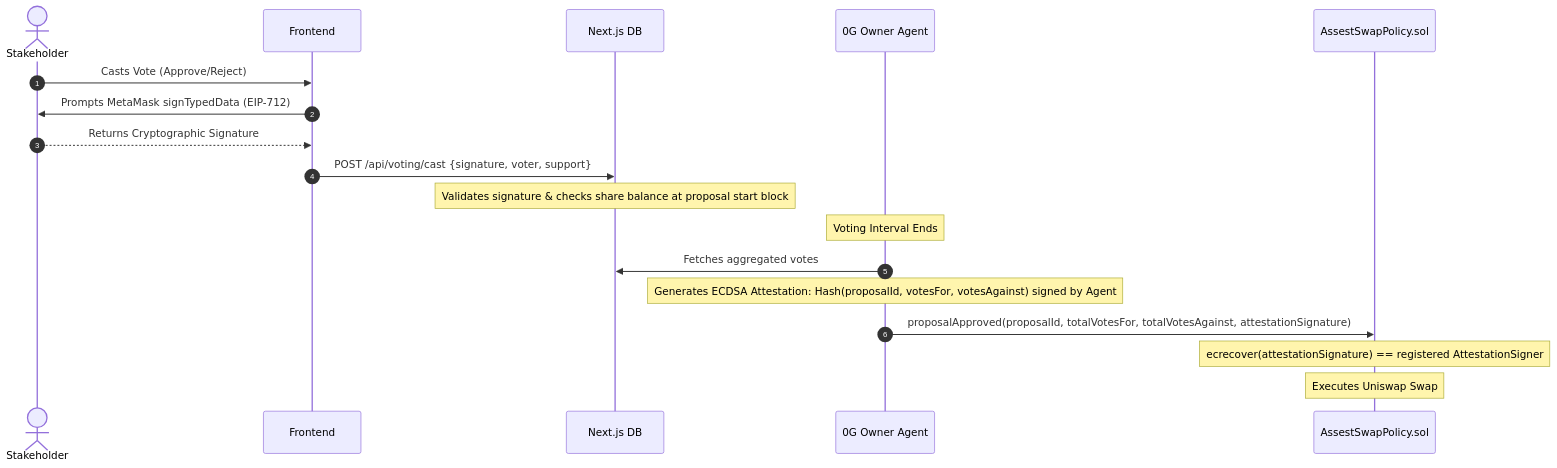
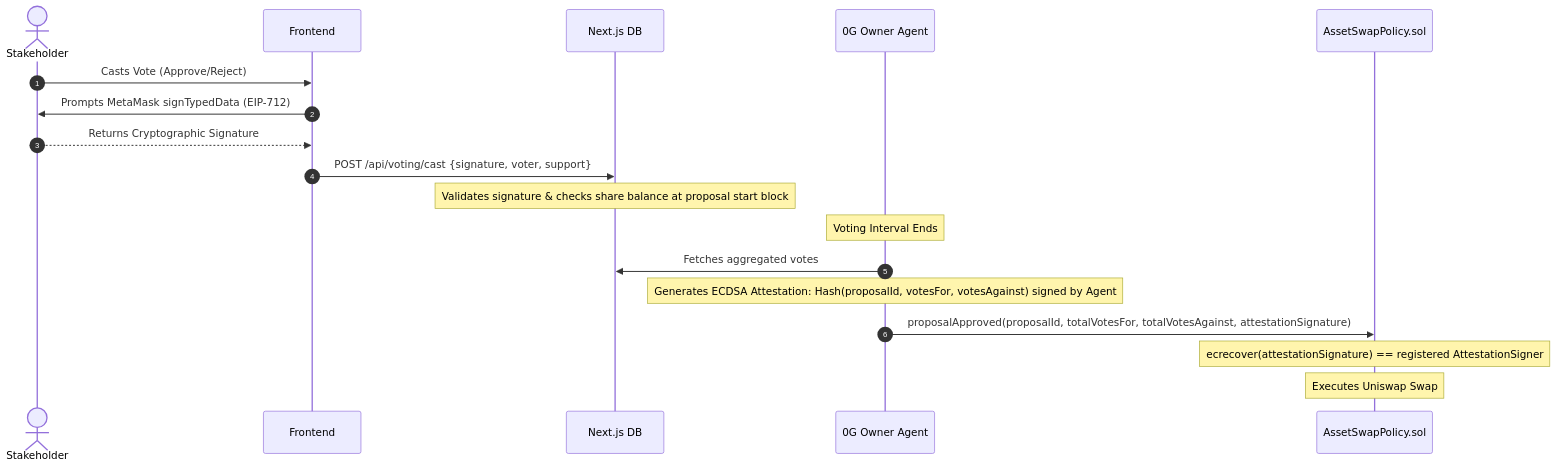
The diagram in docs/technical-design.md (jimstir/moreLikely-treasury), drawn with Mermaid before and after one commit. The commit also changed other lines of this file and 70 other files, not shown here.

````diff
--- a/docs/technical-design.md
+++ b/docs/technical-design.md
@@ -123,22 +123,22 @@
 ```mermaid
 sequenceDiagram
     autonumber
     actor Stakeholder
     participant Frontend
     participant DB as Next.js DB
     participant Agent as 0G Owner Agent
-    participant Contract as AssestSwapPolicy.sol
+    participant Contract as AssetSwapPolicy.sol
 
     Stakeholder->>Frontend: Casts Vote (Approve/Reject)
     Frontend->>Stakeholder: Prompts MetaMask signTypedData (EIP-712)
     Stakeholder-->>Frontend: Returns Cryptographic Signature
     Frontend->>DB: POST /api/voting/cast {signature, voter, support}
     Note over DB: Validates signature & checks share balance at proposal start block
     
     Note over Agent: Voting Interval Ends
     Agent->>DB: Fetches aggregated votes
     Note over Agent: Generates ECDSA Attestation: Hash(proposalId, votesFor, votesAgainst) signed by Agent
     Agent->>Contract: proposalApproved(proposalId, totalVotesFor, totalVotesAgainst, attestationSignature)
     Note over Contract: ecrecover(attestationSignature) == registered AttestationSigner
     Note over Contract: Executes Uniswap Swap
 ```
````
